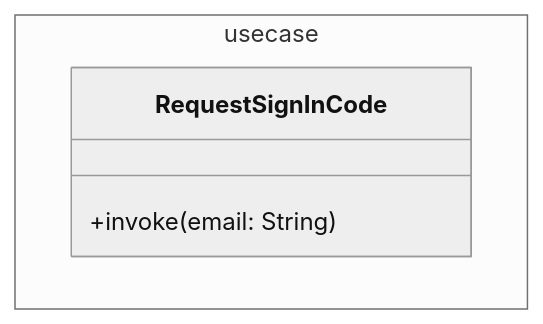
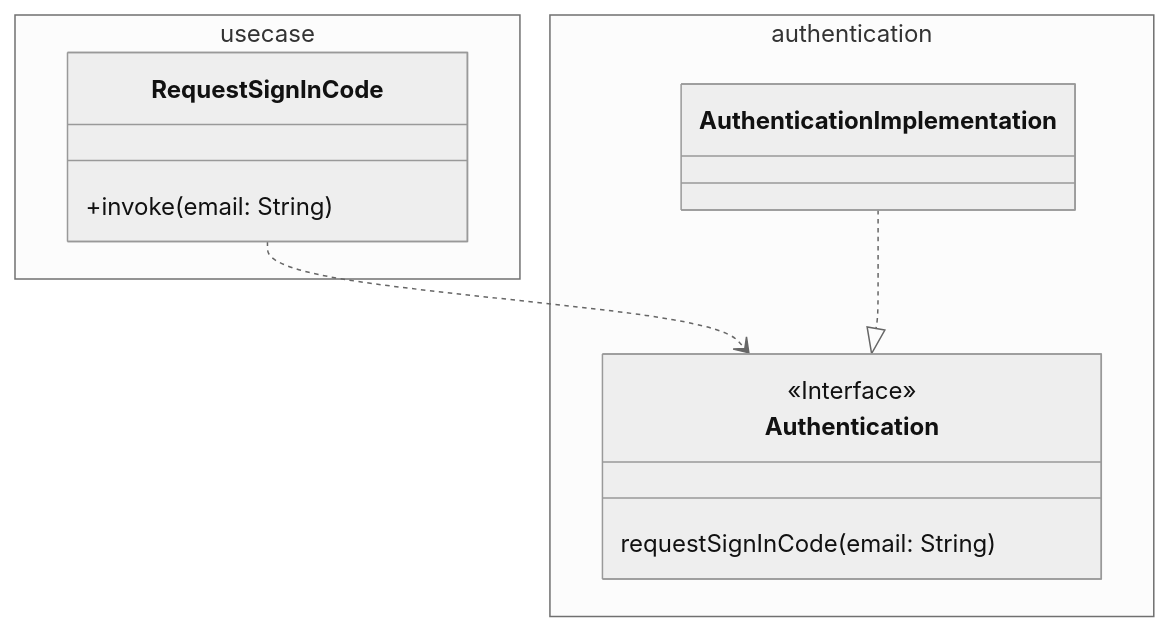
One commit to tangodachi/yava changed the diagram in composeApp/documentation.md. Above: the diagram before and after it, drawn with Mermaid (neutral theme). The commit also changed 5 other files, not shown here.

Commit message:
expect request sign in code

````diff
--- a/composeApp/documentation.md
+++ b/composeApp/documentation.md
@@ -1,9 +1,24 @@
 ```mermaid
 classDiagram
 direction TB
 	namespace usecase {
         class RequestSignInCode {
 	        +invoke(email: String)
         }
+
 	}
+	namespace authentication {
+        class Authentication {
+	        requestSignInCode(email: String)
+        }
+
+        class AuthenticationImplementation {
+        }
+
+	}
+
+	<<Interface>> Authentication
+
+    RequestSignInCode ..> Authentication
+    AuthenticationImplementation ..|> Authentication   
 ```
````
